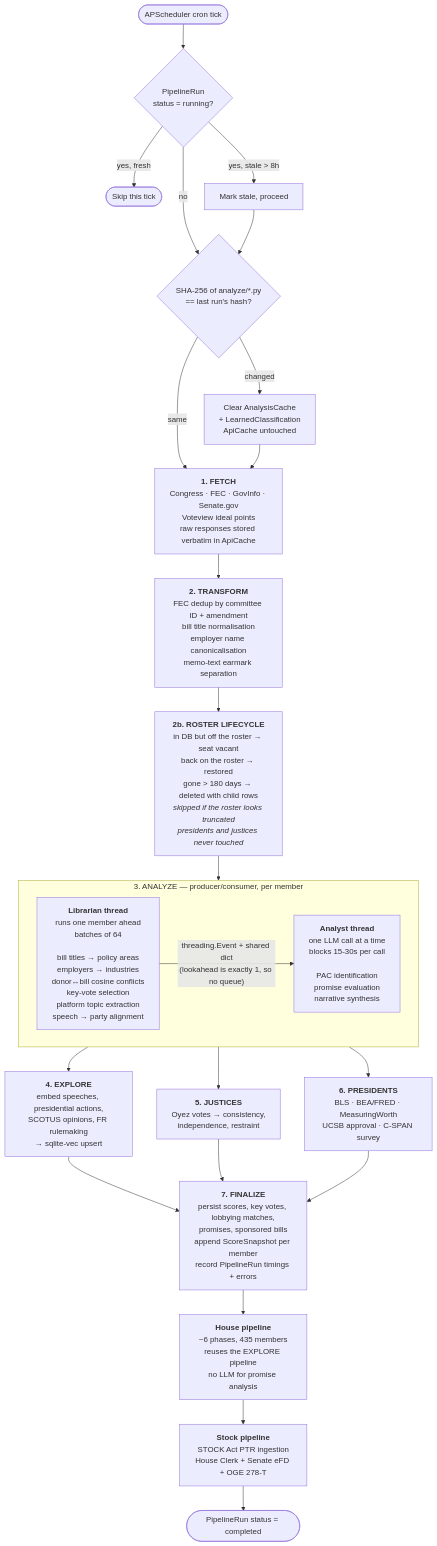
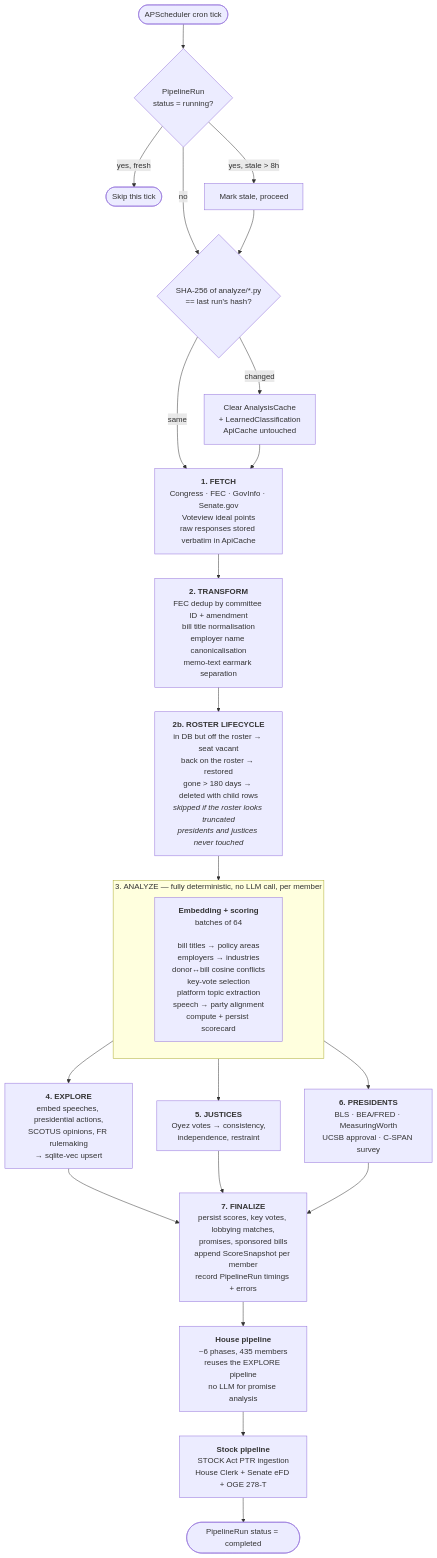
Before and after one commit to kamoras/civitas: the diagram in docs/diagrams/02-nightly-pipeline.md, drawn with Mermaid. The commit also changed 18 other files, not shown here.

````diff
--- a/docs/diagrams/02-nightly-pipeline.md
+++ b/docs/diagrams/02-nightly-pipeline.md
@@ -6,39 +6,37 @@
 ```mermaid
 flowchart TB
     START(["APScheduler cron tick"]) --> LOCK{"PipelineRun<br/>status = running?"}
     LOCK -->|yes, fresh| SKIP(["Skip this tick"])
     LOCK -->|yes, stale > 8h| MARK["Mark stale, proceed"]
     LOCK -->|no| FP
     MARK --> FP
 
     FP{"SHA-256 of analyze/*.py<br/>== last run's hash?"}
     FP -->|changed| CLEAR["Clear AnalysisCache<br/>+ LearnedClassification<br/>ApiCache untouched"]
     FP -->|same| P1
     CLEAR --> P1
 
     P1["<b>1. FETCH</b><br/>Congress · FEC · GovInfo · Senate.gov<br/>Voteview ideal points<br/>raw responses stored verbatim in ApiCache"]
     P2["<b>2. TRANSFORM</b><br/>FEC dedup by committee ID + amendment<br/>bill title normalisation<br/>employer name canonicalisation<br/>memo-text earmark separation"]
     P2B["<b>2b. ROSTER LIFECYCLE</b><br/>in DB but off the roster → seat vacant<br/>back on the roster → restored<br/>gone > 180 days → deleted with child rows<br/><i>skipped if the roster looks truncated</i><br/><i>presidents and justices never touched</i>"]
     P1 --> P2 --> P2B --> P3
 
-    subgraph P3["3. ANALYZE — producer/consumer, per member"]
+    subgraph P3["3. ANALYZE — fully deterministic, no LLM call, per member"]
         direction LR
-        LIB["<b>Librarian thread</b><br/>runs one member ahead<br/>batches of 64<br/><br/>bill titles → policy areas<br/>employers → industries<br/>donor↔bill cosine conflicts<br/>key-vote selection<br/>platform topic extraction<br/>speech → party alignment"]
-        ANA["<b>Analyst thread</b><br/>one LLM call at a time<br/>blocks 15-30s per call<br/><br/>PAC identification<br/>promise evaluation<br/>narrative synthesis"]
-        LIB -->|"threading.Event + shared dict<br/>(lookahead is exactly 1, so no queue)"| ANA
+        LIB["<b>Embedding + scoring</b><br/>batches of 64<br/><br/>bill titles → policy areas<br/>employers → industries<br/>donor↔bill cosine conflicts<br/>key-vote selection<br/>platform topic extraction<br/>speech → party alignment<br/>compute + persist scorecard"]
     end
 
     P3 --> P4["<b>4. EXPLORE</b><br/>embed speeches, presidential actions,<br/>SCOTUS opinions, FR rulemaking<br/>→ sqlite-vec upsert"]
     P3 --> P5["<b>5. JUSTICES</b><br/>Oyez votes → consistency,<br/>independence, restraint"]
     P3 --> P6["<b>6. PRESIDENTS</b><br/>BLS · BEA/FRED · MeasuringWorth<br/>UCSB approval · C-SPAN survey"]
 
     P4 --> P7
     P5 --> P7
     P6 --> P7
 
     P7["<b>7. FINALIZE</b><br/>persist scores, key votes, lobbying matches,<br/>promises, sponsored bills<br/>append ScoreSnapshot per member<br/>record PipelineRun timings + errors"]
 
     P7 --> HOUSE["<b>House pipeline</b><br/>~6 phases, 435 members<br/>reuses the EXPLORE pipeline<br/>no LLM for promise analysis"]
     HOUSE --> STOCK["<b>Stock pipeline</b><br/>STOCK Act PTR ingestion<br/>House Clerk + Senate eFD + OGE 278-T"]
     STOCK --> DONE(["PipelineRun status = completed"])
 ```
````
